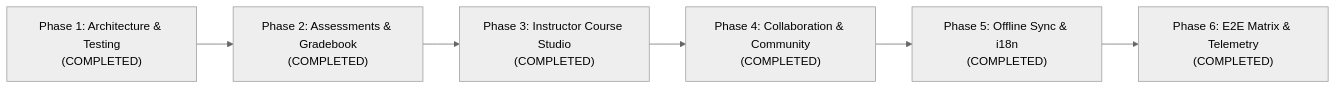
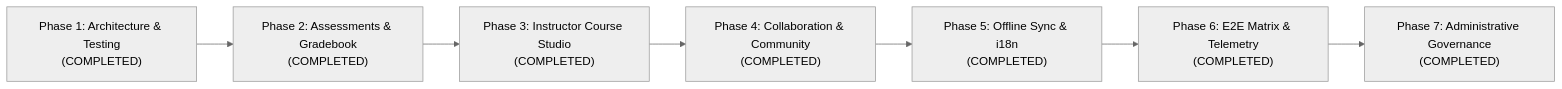
Before and after one commit to sammymichuki/grade-glow-hub: the diagram in addition.md, drawn with Mermaid (neutral theme). The commit also changed other lines of this file and 18 other files, not shown here.

````diff
--- a/addition.md
+++ b/addition.md
@@ -26,8 +27,9 @@
 ```mermaid
 graph LR
     P1["Phase 1: Architecture & Testing<br/>(COMPLETED)"] --> P2["Phase 2: Assessments & Gradebook<br/>(COMPLETED)"]
     P2 --> P3["Phase 3: Instructor Course Studio<br/>(COMPLETED)"]
     P3 --> P4["Phase 4: Collaboration & Community<br/>(COMPLETED)"]
     P4 --> P5["Phase 5: Offline Sync & i18n<br/>(COMPLETED)"]
     P5 --> P6["Phase 6: E2E Matrix & Telemetry<br/>(COMPLETED)"]
+    P6 --> P7["Phase 7: Administrative Governance<br/>(COMPLETED)"]
 ```
````
